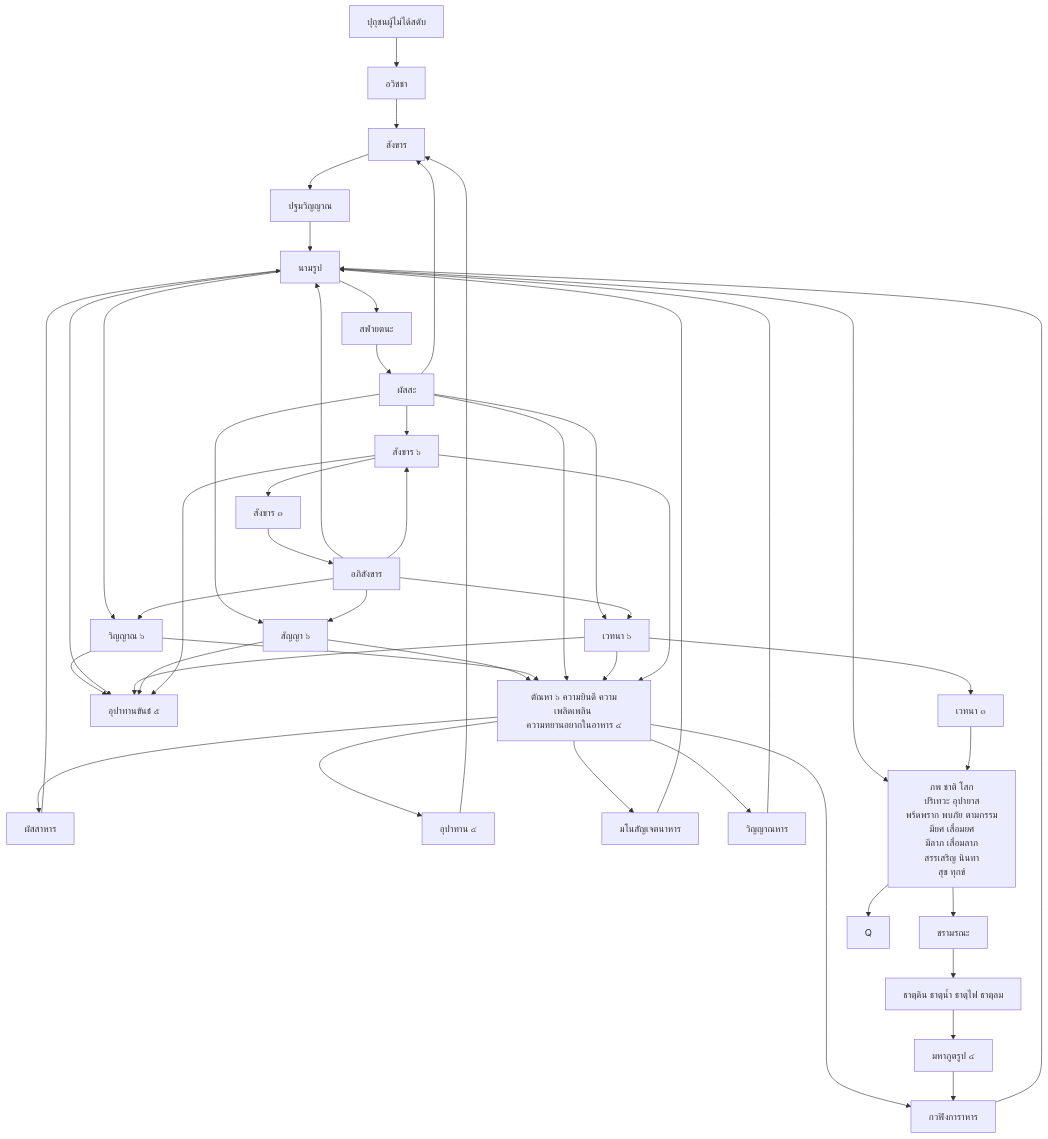
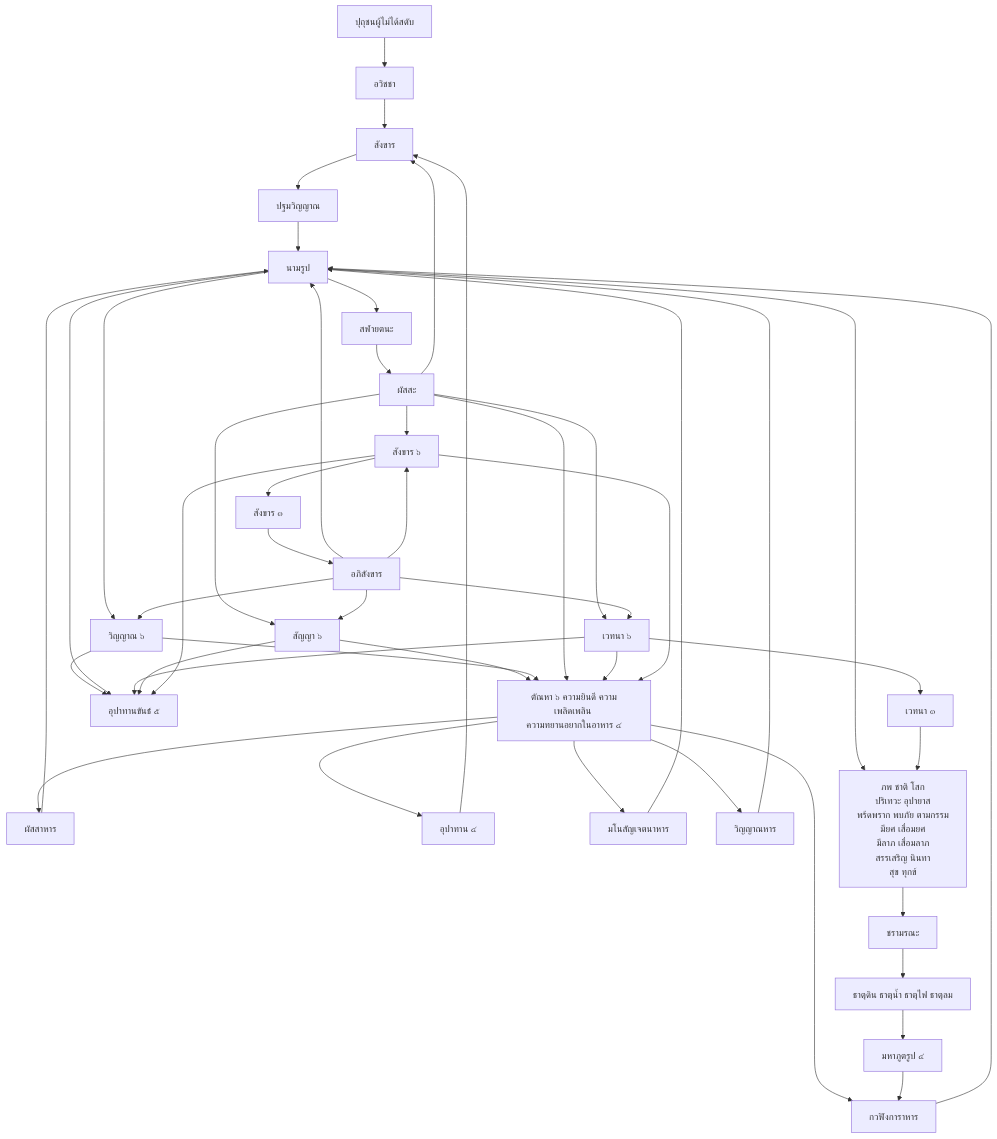
One commit to Kietpawpan/buddism changed the first of 2 diagrams in README.md. Above: the diagram before and after it, drawn with Mermaid.

````diff
--- a/README.md
+++ b/README.md
@@ -7,29 +7,28 @@
 ```mermaid
 
 flowchart TD
 Z0[ปุถุชนผู้ไม่ได้สดับ]-->A[อวิชชา] --> B[สังขาร]
 B--> C[ปฐมวิญญาณ ]-->D[นามรูป]-->E[สฬายตนะ]-->F[ผัสสะ]-->G[เวทนา ๖]
 F-->H[สัญญา ๖]-->I
 I-->F1[ผัสสาหาร]-->D
 D-->VI[วิญญาณ ๖]-->P
 VI-->I
 F-->I
 I-->S3
 F-->B
 G-->I[ตัณหา ๖ ความยินดี ความเพลิดเพลิน \nความทยานอยากในอาหาร ๔]-->J[อุปาทาน ๔]-->B
 I-->M1[มโนสัญเจตนาหาร]-->D
 I-->V1[วิญญาณหาร]-->D
 F-->K[สังขาร ๖]-->I
 K-->SK[สังขาร ๓]-->AP[อภิสังขาร]-->D
 AP-->G
 AP-->H
 AP-->VI
 AP-->K
 D-->P[อุปาทานขันธ์ ๕]
 G-->P
 H-->P
 K-->P
 S1[ธาตุดิน ธาตุน้ำ ธาตุไฟ ธาตุลม]-->S2[มหาภูตรูป ๔]-->S3[กวฬิงการาหาร]-->D-->D1[ภพ ชาติ โสก \nปริเทวะ อุปายาส \nพร้ดพราก พบภัย ตามกรรม\nมียศ เสื่อมยศ\nมีลาภ เสื่อมลาภ\nสรรเสริญ นินทา\nสุข ทุกข์]-->D0[ชรามรณะ]-->S1
-D1-->Q
 G-->V3[เวทนา ๓]-->D1
 ```
````
